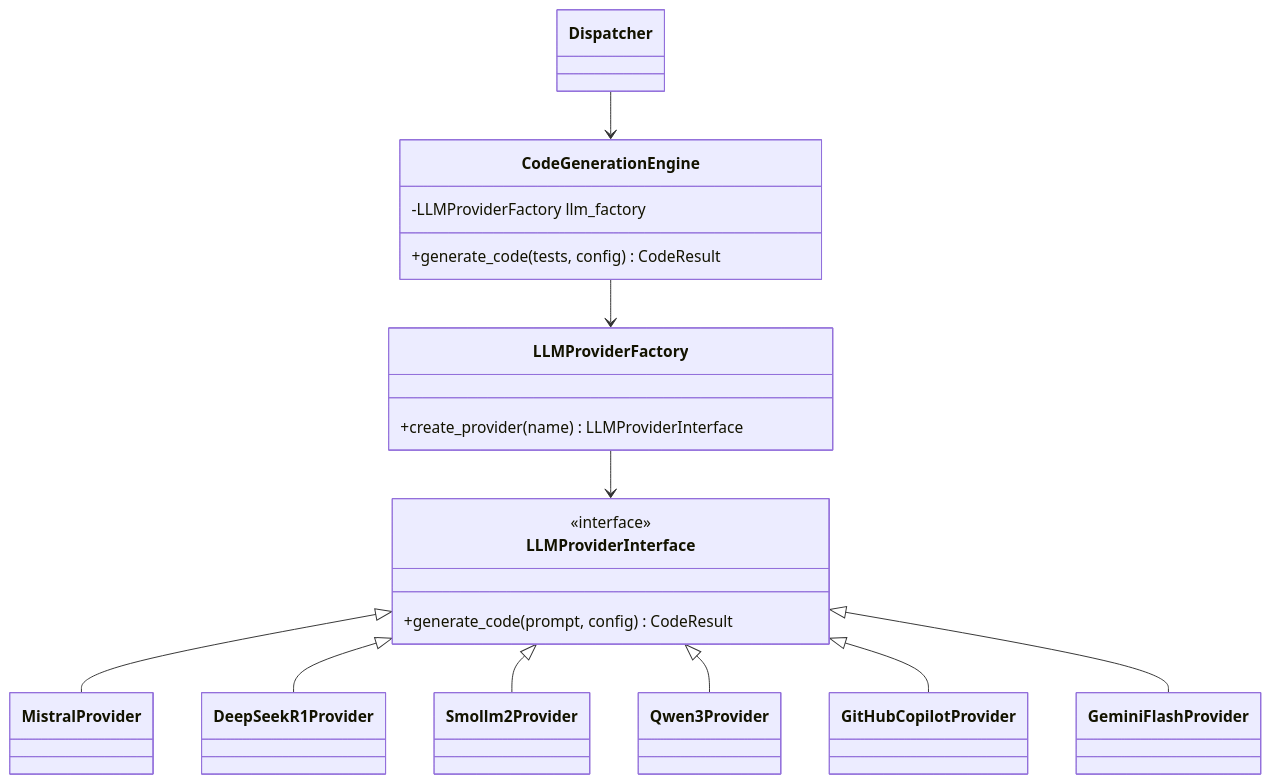
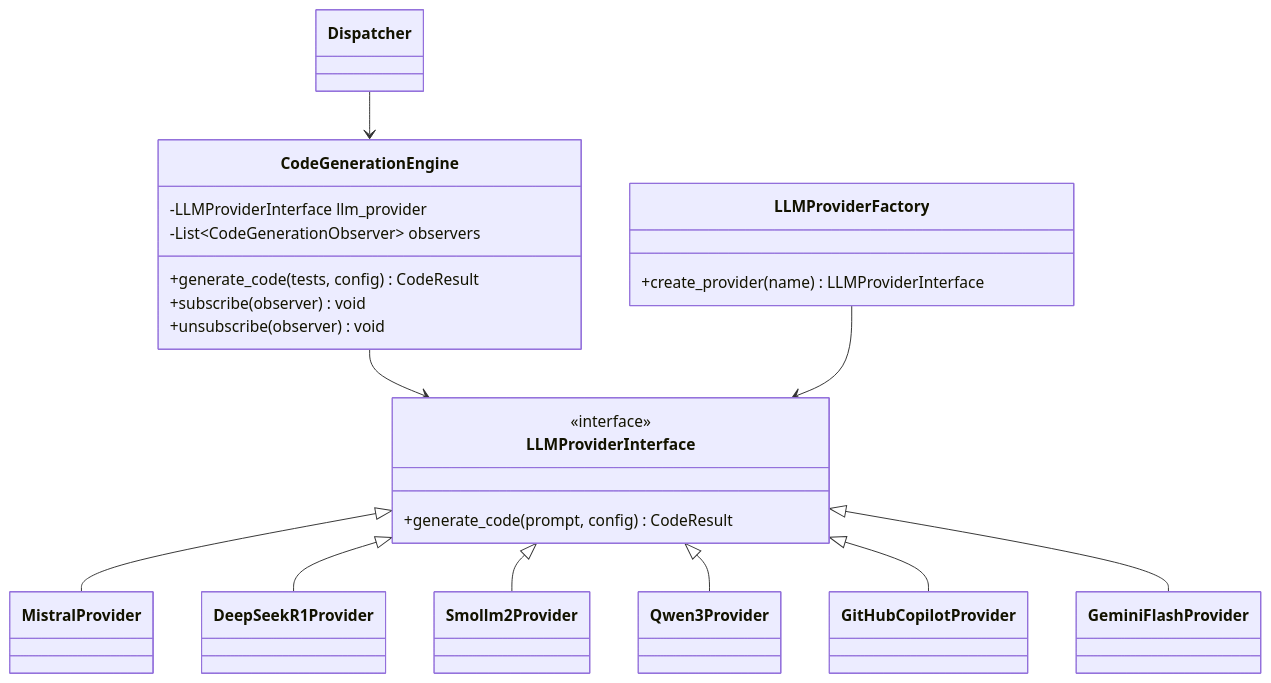
Before and after one commit to FilippoGurioli/test-2-code-llm: the fifth of 6 diagrams in docs/design.md, drawn with Mermaid. The commit also changed other lines of this file and 2 other files, not shown here.

Commit message:
docs: complete design for reporting engine

````diff
--- a/docs/design.md
+++ b/docs/design.md
@@ -179,24 +179,27 @@
 ```mermaid
 classDiagram
     class CodeGenerationEngine {
-        -LLMProviderFactory llm_factory
+        -LLMProviderInterface llm_provider
+        -List~CodeGenerationObserver~ observers
         +generate_code(tests, config) CodeResult
+        +subscribe(observer) void
+        +unsubscribe(observer) void
     }
     class LLMProviderInterface {
         <<interface>>
         +generate_code(prompt, config) CodeResult
     }
     class LLMProviderFactory {
         +create_provider(name) LLMProviderInterface
     }
     class Dispatcher {}
     Dispatcher --> CodeGenerationEngine
-    CodeGenerationEngine --> LLMProviderFactory
+    CodeGenerationEngine --> LLMProviderInterface
     LLMProviderFactory --> LLMProviderInterface
     LLMProviderInterface <|-- MistralProvider
     LLMProviderInterface <|-- DeepSeekR1Provider
     LLMProviderInterface <|-- Smollm2Provider
     LLMProviderInterface <|-- Qwen3Provider
     LLMProviderInterface <|-- GitHubCopilotProvider
     LLMProviderInterface <|-- GeminiFlashProvider
 ```
````
